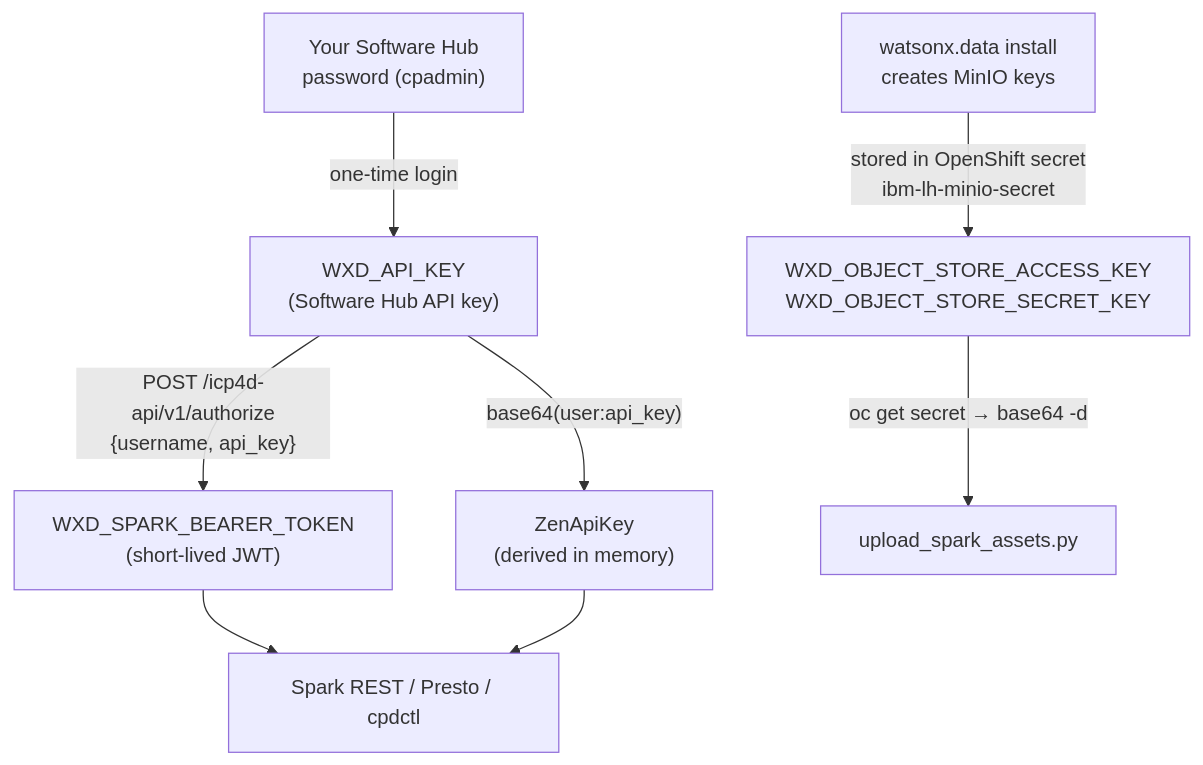
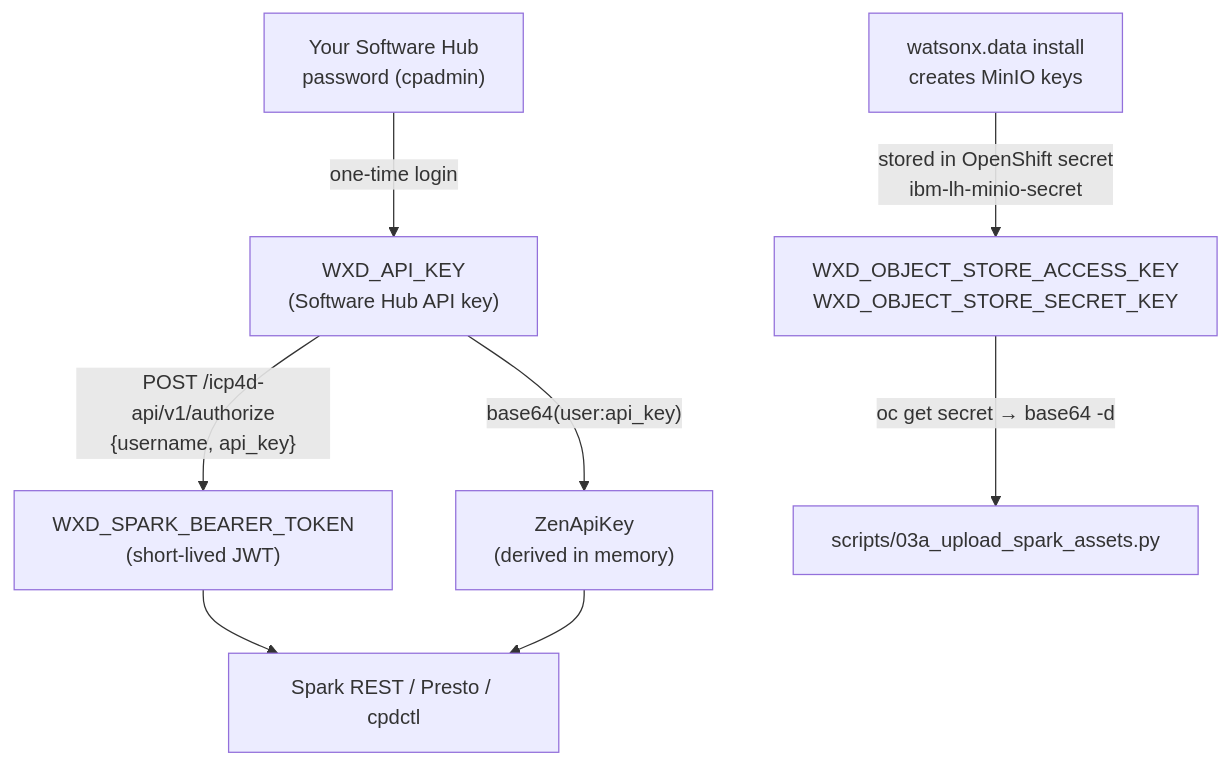
The diagram in docs/configuration.md (aseelert/ibmas-watsonxdata-dbt), drawn with Mermaid before and after one commit. The commit also changed other lines of this file and 76 other files, not shown here.

````diff
--- a/docs/configuration.md
+++ b/docs/configuration.md
@@ -62,10 +62,10 @@
 ```mermaid
 flowchart TD
     PW["Your Software Hub<br/>password (cpadmin)"] -->|"one-time login"| APIKEY["WXD_API_KEY<br/>(Software Hub API key)"]
     APIKEY -->|"POST /icp4d-api/v1/authorize<br/>{username, api_key}"| BEARER["WXD_SPARK_BEARER_TOKEN<br/>(short-lived JWT)"]
     APIKEY -->|"base64(user:api_key)"| ZEN["ZenApiKey<br/>(derived in memory)"]
     BEARER --> SPARKREST["Spark REST / Presto / cpdctl"]
     ZEN --> SPARKREST
     MINIO["watsonx.data install<br/>creates MinIO keys"] -->|"stored in OpenShift secret<br/>ibm-lh-minio-secret"| OCSECRET["WXD_OBJECT_STORE_ACCESS_KEY<br/>WXD_OBJECT_STORE_SECRET_KEY"]
-    OCSECRET -->|"oc get secret → base64 -d"| UPLOAD["upload_spark_assets.py"]
+    OCSECRET -->|"oc get secret → base64 -d"| UPLOAD["scripts/03a_upload_spark_assets.py"]
 ```
````
